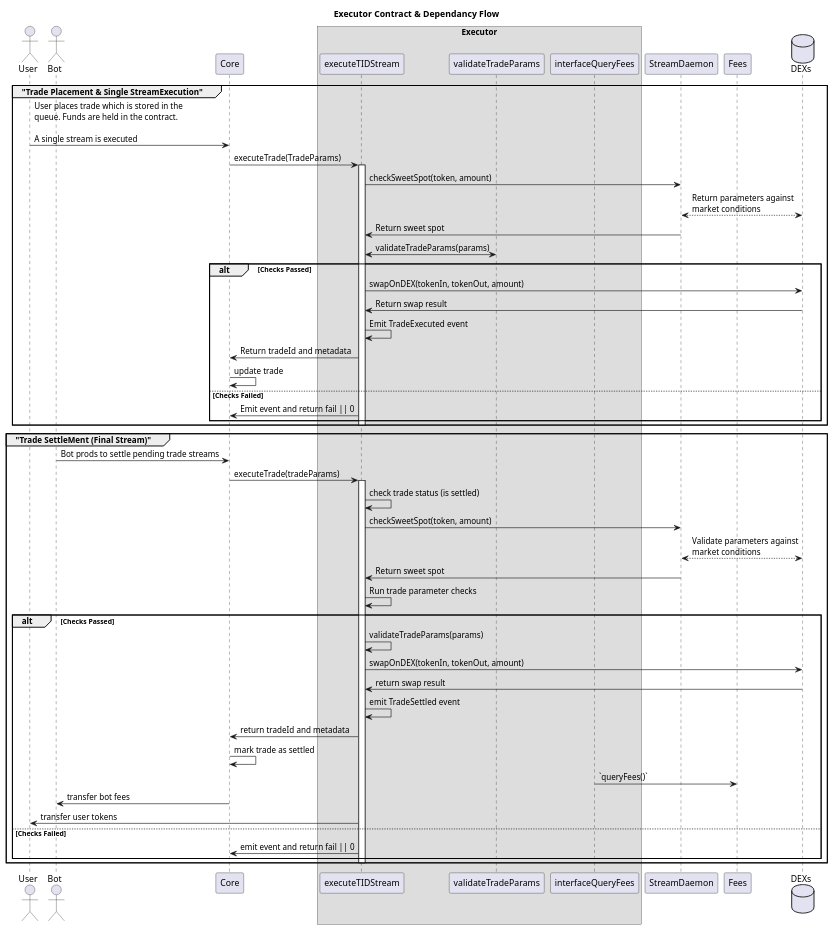
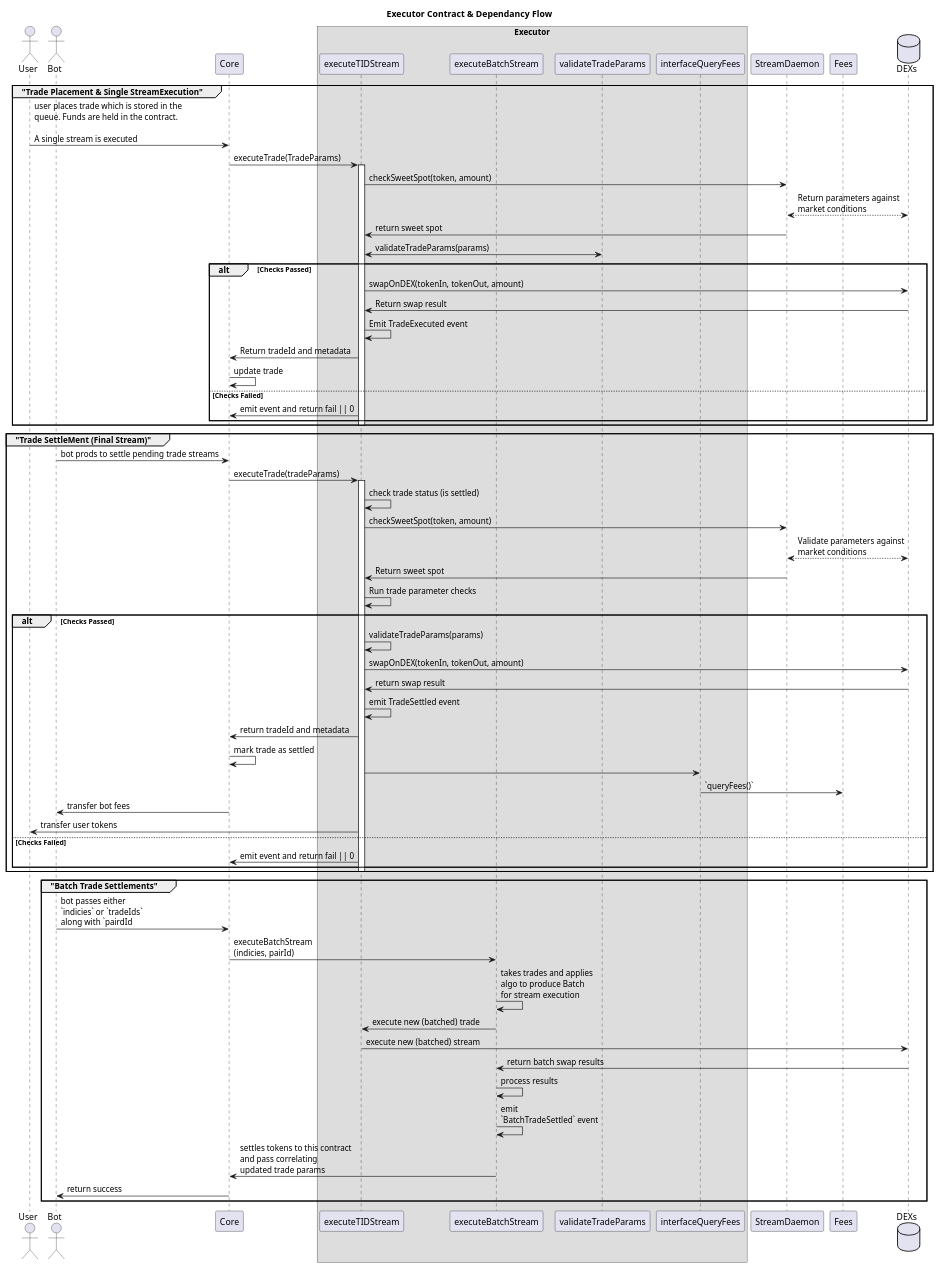
One commit to 1SLiquidity/core changed the diagram in diagrams/contracts/Executor.sol.puml. Above: the diagram before and after it, drawn with PlantUML.

Commit message:
feat(arch): adding batch stream execution to Executor
summary: initially this feature should be shelved as its complexity is ill placed in the development sprint. Eventually a well written algorithm should be developed which may be called via a later deployable contract

```diff
--- a/diagrams/contracts/Executor.sol.puml
+++ b/diagrams/contracts/Executor.sol.puml
@@ -1,63 +1,78 @@
 @startuml Executor
 title Executor Contract & Dependancy Flow
 
 actor User as U
 actor "Bot" as B
 participant "Core" as C
 box Executor
 participant "executeTIDStream" as ETS 
+participant "executeBatchStream" as EBS
 participant "validateTradeParams" as VTP
 participant interfaceQueryFees as IQF
 end box
 participant "StreamDaemon" as SD
 participant Fees as F
 database "DEXs" as DEX
 
 group "Trade Placement & Single StreamExecution"
-U -> C: User places trade which is stored in the \nqueue. Funds are held in the contract.\n\nA single stream is executed
+U -> C: user places trade which is stored in the \nqueue. Funds are held in the contract.\n\nA single stream is executed
   C -> ETS: executeTrade(TradeParams)
   activate ETS
   ETS -> SD: checkSweetSpot(token, amount)
   SD <--> DEX: Return parameters against\nmarket conditions
-  SD -> ETS: Return sweet spot
+  SD -> ETS: return sweet spot
   ETS <-> VTP: validateTradeParams(params)
   
   alt Checks Passed
     ETS -> DEX: swapOnDEX(tokenIn, tokenOut, amount)
     DEX -> ETS: Return swap result
     ETS -> ETS: Emit TradeExecuted event
     ETS -> C: Return tradeId and metadata
     C -> C: update trade
   else Checks Failed
-    ETS -> C: Emit event and return fail || 0
+    ETS -> C: emit event and return fail || 0
   end
   deactivate ETS
 end
 
 group "Trade SettleMent (Final Stream)"
-  B -> C: Bot prods to settle pending trade streams
+  B -> C: bot prods to settle pending trade streams
   C -> ETS: executeTrade(tradeParams)
   activate ETS
   ETS -> ETS: check trade status (is settled)
   ETS -> SD: checkSweetSpot(token, amount)
   SD <--> DEX: Validate parameters against\nmarket conditions
   SD -> ETS: Return sweet spot
   ETS -> ETS: Run trade parameter checks
   
   alt Checks Passed
     ETS -> ETS: validateTradeParams(params)
     ETS -> DEX: swapOnDEX(tokenIn, tokenOut, amount)
     DEX -> ETS: return swap result
     ETS -> ETS: emit TradeSettled event
     ETS -> C: return tradeId and metadata
     C -> C: mark trade as settled
+    ETS -> IQF
     IQF -> F: `queryFees()` 
     C -> B: transfer bot fees
     ETS -> U: transfer user tokens
   else Checks Failed
     ETS -> C: emit event and return fail || 0
   end
   deactivate ETS
 end
 
+group "Batch Trade Settlements"
+   B -> C: bot passes either\n`indicies` or `tradeIds`\nalong with `pairdId
+   C -> EBS: executeBatchStream\n(indicies, pairId)
+   EBS -> EBS: takes trades and applies\nalgo to produce Batch\nfor stream execution
+   EBS -> ETS: execute new (batched) trade
+   ETS -> DEX: execute new (batched) stream
+   DEX -> EBS: return batch swap results
+   EBS -> EBS: process results 
+   EBS -> EBS: emit\n`BatchTradeSettled` event
+   EBS -> C: settles tokens to this contract\nand pass correlating\nupdated trade params
+   C -> B: return success
+end
+
 @enduml
```
